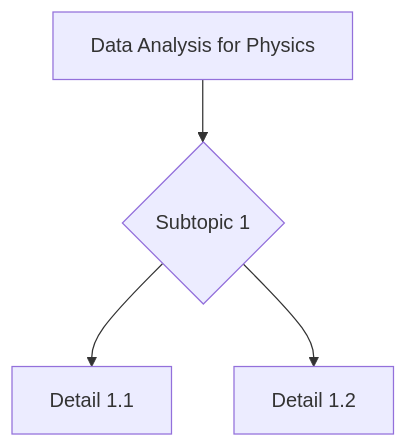
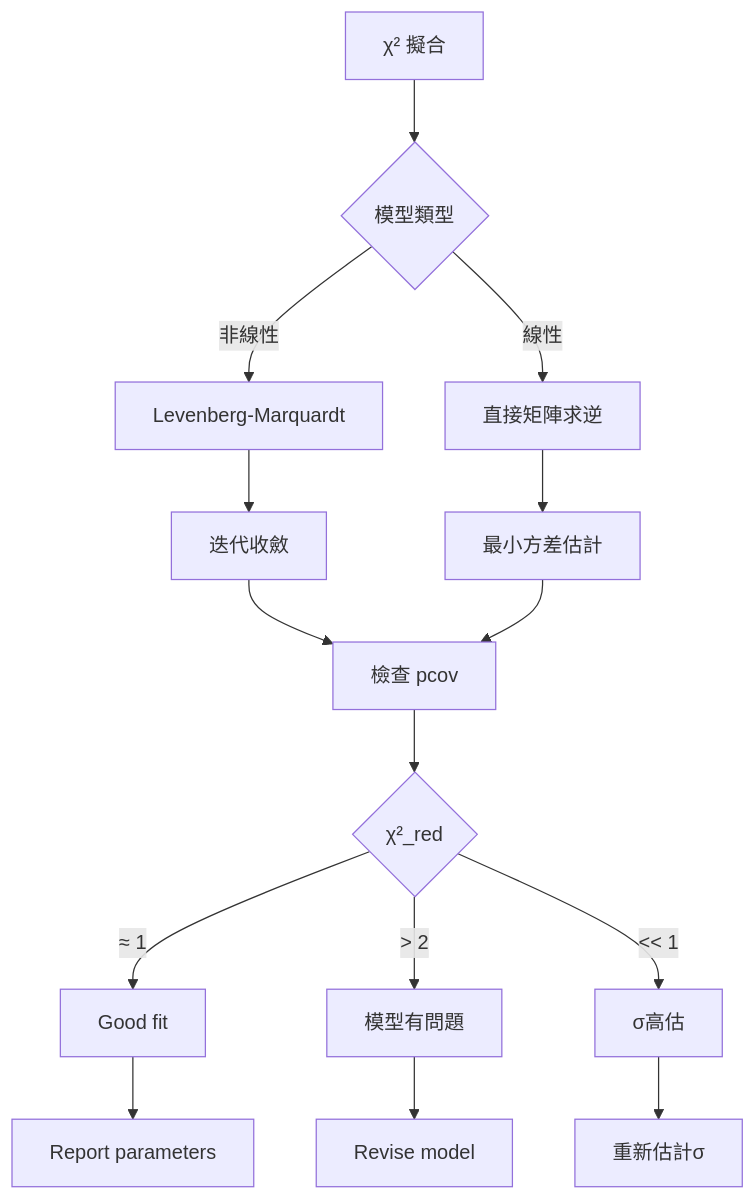
One commit to yip-lgtm/PhysicsSelfStudy changed the second of 10 diagrams in 03_MSc_Physics/core_courses/MSPY_5110_Data_Analysis_Physics/README.md. Above: the diagram before and after it, drawn with Mermaid. The commit also changed other lines of this file and 21 other files, not shown here.

````diff
--- a/03_MSc_Physics/core_courses/MSPY_5110_Data_Analysis_Physics/README.md
+++ b/03_MSc_Physics/core_courses/MSPY_5110_Data_Analysis_Physics/README.md
@@ -259,6 +174,17 @@
 ```mermaid
 graph TD
-    A[Data Analysis for Physics] --> B{Subtopic 1}
-    B --> C[Detail 1.1]
-    B --> D[Detail 1.2]
+    A[χ² 擬合] --> B{模型類型}
+    B -->|線性| C[直接矩陣求逆]
+    B -->|非線性| D[Levenberg-Marquardt]
+    D --> E[迭代收斂]
+    E --> F[檢查 pcov]
+    C --> G[最小方差估計]
+    G --> F
+    F --> H{χ²_red}
+    H -->|≈ 1| I[Good fit]
+    H -->|> 2| J[模型有問題]
+    H -->|<< 1| K[σ高估]
+    I --> L[Report parameters]
+    J --> M[Revise model]
+    K --> N[重新估計σ]
 ```
````
